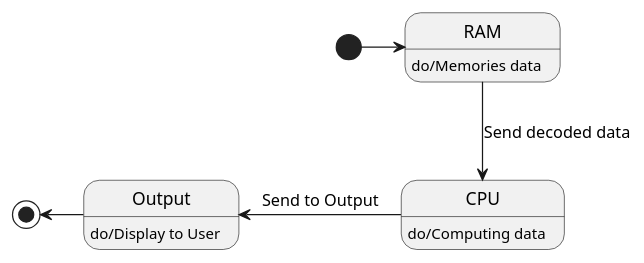
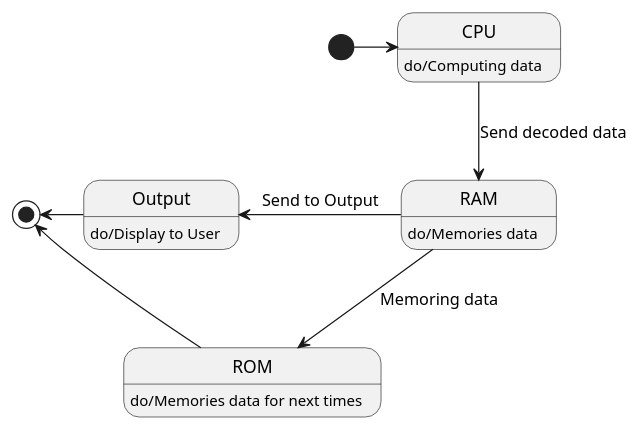
Before and after one commit to 03376808-OOAD/OOAD-WEEK11: the diagram in Lab submits/60030098/Execute.puml, drawn with PlantUML. The commit also changed 3 other files, not shown here.

```diff
--- a/Lab submits/60030098/Execute.puml
+++ b/Lab submits/60030098/Execute.puml
@@ -1,12 +1,14 @@
 @startuml
 
 RAM : do/Memories data
 CPU : do/Computing data
 Output : do/Display to User
+ROM : do/Memories data for next times
 
-[*] -> RAM 
-RAM -down-> CPU : Send decoded data
-CPU -left-> Output : Send to Output
+[*] -> CPU 
+CPU -down-> RAM : Send decoded data
+RAM -left-> Output : Send to Output
+RAM -down-> ROM : Memoring data
 Output -left-> [*]
-
+ROM ->[*]
 @enduml
```
